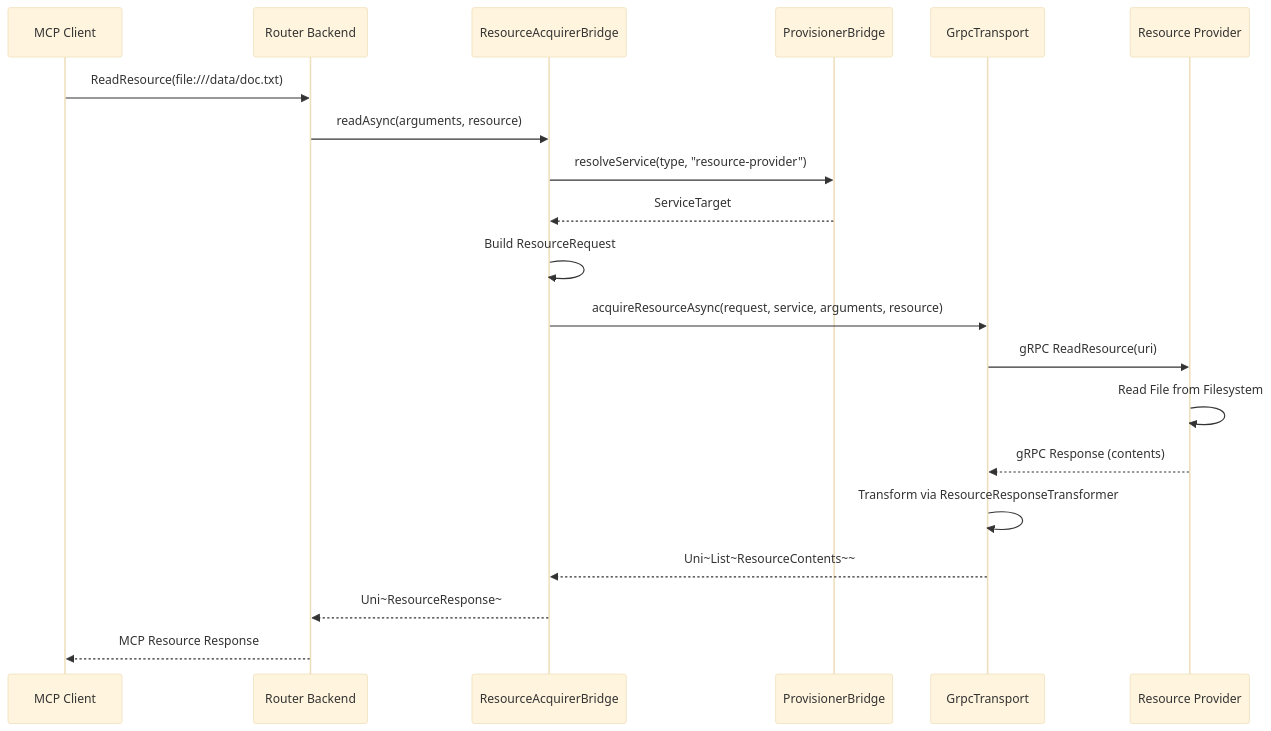
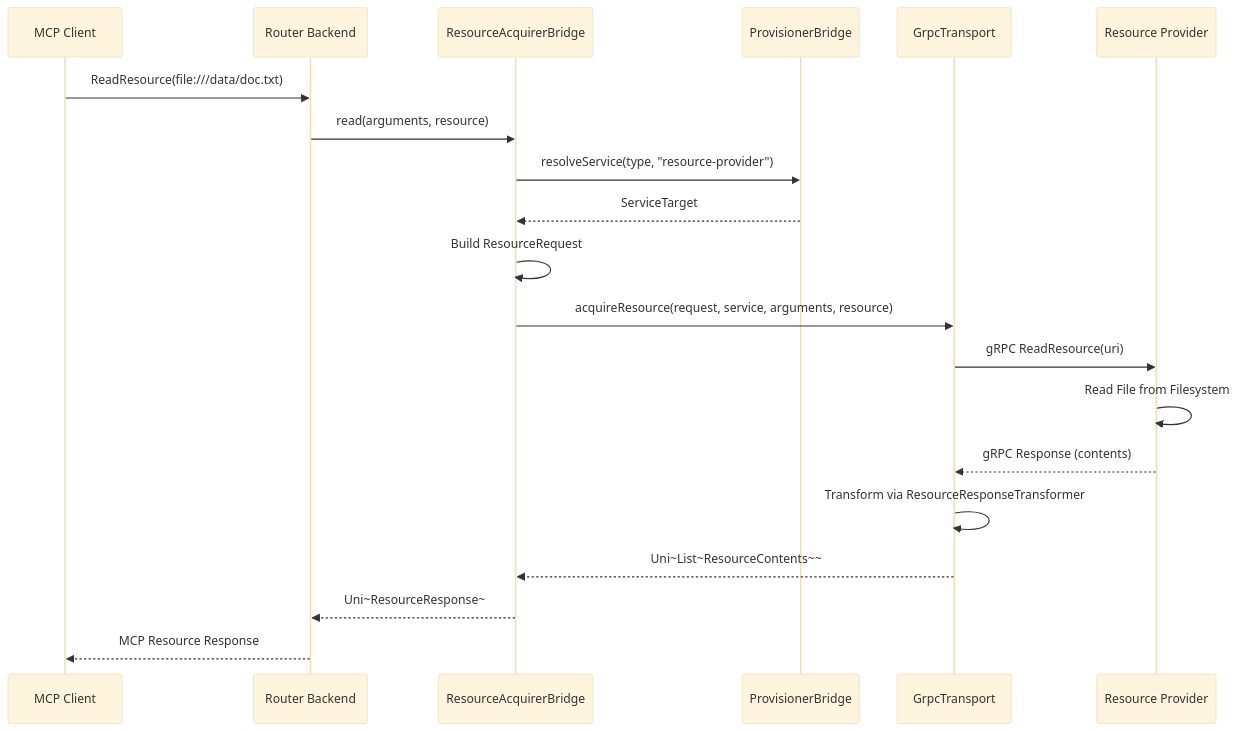
Before and after one commit to wanaku-ai/wanaku: the fifth of 6 diagrams in docs/wanaku-router-internals.md, drawn with Mermaid (base theme). The commit also changed other lines of this file and 4 other files, not shown here.

````diff
--- a/docs/wanaku-router-internals.md
+++ b/docs/wanaku-router-internals.md
@@ -262,23 +262,23 @@
 ```mermaid
 sequenceDiagram
     participant MCP as MCP Client
     participant Router as Router Backend
     participant RAB as ResourceAcquirerBridge
     participant PB as ProvisionerBridge
     participant Transport as GrpcTransport
     participant Provider as Resource Provider
 
     MCP->>Router: ReadResource(file:///data/doc.txt)
-    Router->>RAB: readAsync(arguments, resource)
+    Router->>RAB: read(arguments, resource)
     RAB->>PB: resolveService(type, "resource-provider")
     PB-->>RAB: ServiceTarget
     RAB->>RAB: Build ResourceRequest
-    RAB->>Transport: acquireResourceAsync(request, service, arguments, resource)
+    RAB->>Transport: acquireResource(request, service, arguments, resource)
     Transport->>Provider: gRPC ReadResource(uri)
     Provider->>Provider: Read File from Filesystem
     Provider-->>Transport: gRPC Response (contents)
     Transport->>Transport: Transform via ResourceResponseTransformer
     Transport-->>RAB: Uni~List~ResourceContents~~
     RAB-->>Router: Uni~ResourceResponse~
     Router-->>MCP: MCP Resource Response
 ```
````
